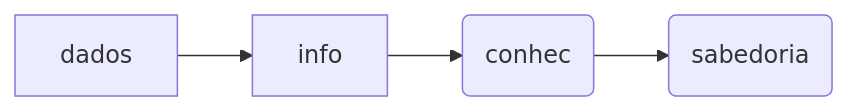
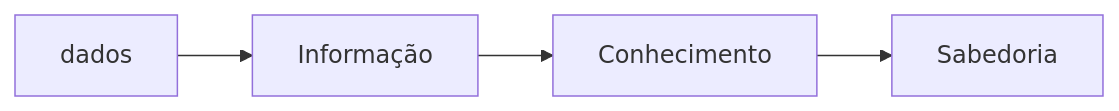
The third of 3 diagrams in Mestrado/Segundo Semestre/SIN5033 - Grafos de conhecimento e Ontologias/Aula 1/1 Conceitos basicos.md (Igorino/joplin-notes), drawn with Mermaid before and after one commit.

Commit message:
Exported on 2026-04-05_19-46-59

````diff
--- a/Mestrado/Segundo Semestre/SIN5033 - Grafos de conhecimento e Ontologias/Aula 1/1 Conceitos basicos.md
+++ b/Mestrado/Segundo Semestre/SIN5033 - Grafos de conhecimento e Ontologias/Aula 1/1 Conceitos basicos.md
@@ -63,6 +63,4 @@
-``` mermaid
+```mermaid
 graph LR
-	A[dados] --> B[info]
-	B --> C(conhec)
-	C --> D(sabedoria)
+	A[dados] --> Informação --> Conhecimento --> Sabedoria
 ```
````
